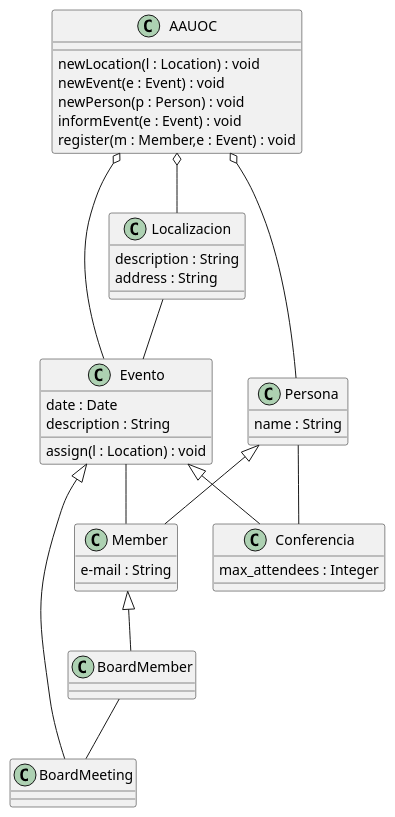
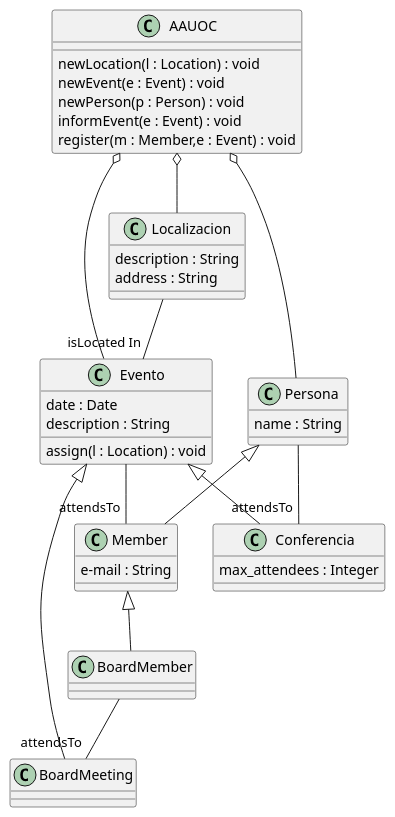
One commit to adayaelias/UMLclasesAdaya changed the diagram in src/umladaya.puml. Above: the diagram before and after it, drawn with PlantUML.

Commit message:
Parte 3 ok.

```diff
--- a/src/umladaya.puml
+++ b/src/umladaya.puml
@@ -1,46 +1,46 @@
 @startuml
 skinparam classAttributeIconSize 0
 
 class Evento{
 date : Date
 description : String
 assign(l : Location) : void
 }
 class Conferencia{
 max_attendees : Integer
 }
 class BoardMeeting{
 }
 Evento <|-- Conferencia
 Evento <|-- BoardMeeting
 
 class Persona{
 name : String
 }
 class Member{
 e-mail : String
 }
 class BoardMember{
 }
 Persona <|-- Member
 Member<|-- BoardMember
 class Localizacion{
 description : String
 address : String
 }
 class AAUOC{
 newLocation(l : Location) : void
 newEvent(e : Event) : void
 newPerson(p : Person) : void
 informEvent(e : Event) : void
 register(m : Member,e : Event) : void
 }
 AAUOC o-- Persona
 AAUOC o-- Localizacion
 AAUOC o-- Evento
-Localizacion -- Evento
-Persona -- Conferencia
-Evento -- Member
-BoardMember -- BoardMeeting
+Localizacion -- "isLocated In" Evento
+Persona -- "attendsTo" Conferencia
+Evento -- "attendsTo" Member
+BoardMember -- "attendsTo" BoardMeeting
 
 @enduml
```
